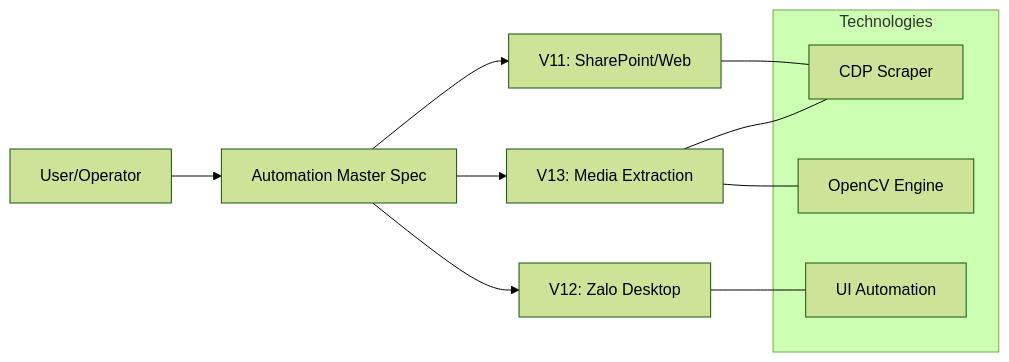
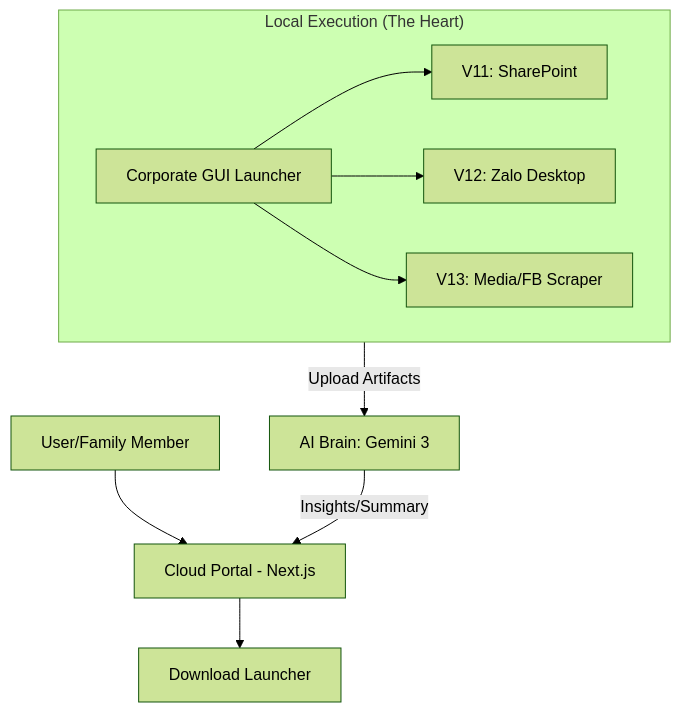
One commit to vuhoang2708/ces-academy-automation changed the diagram in MASTER_SPECIFICATION.md. Above: the diagram before and after it, drawn with Mermaid (forest theme). The commit also changed other lines of this file and 33 other files, not shown here.

````diff
--- a/MASTER_SPECIFICATION.md
+++ b/MASTER_SPECIFICATION.md
@@ -37,18 +41,16 @@
 ```mermaid
-graph LR
-    User[User/Operator] --> Suite[Automation Master Spec]
-    Suite --> V11[V11: SharePoint/Web]
-    Suite --> V12[V12: Zalo Desktop]
-    Suite --> V13[V13: Media Extraction]
-    
-    subgraph Technologies
-        CDP[CDP Scraper]
-        CV[OpenCV Engine]
-        UI[UI Automation]
+graph TD
+    User[User/Family Member] --> Web[Cloud Portal - Next.js]
+    Web --> Down[Download Launcher]
+
+    subgraph LocalMachine ["Local Execution (The Heart)"]
+        Launcher[Corporate GUI Launcher]
+        V11[V11: SharePoint]
+        V12[V12: Zalo Desktop]
+        V13[V13: Media/FB Scraper]
+        Launcher --> V11 & V12 & V13
     end
-    
-    V11 --- CDP
-    V12 --- UI
-    V13 --- CV
-    V13 --- CDP
+
+    LocalMachine -- "Upload Artifacts" --> AI[AI Brain: Gemini 3]
+    AI -- "Insights/Summary" --> Web
 ```
````
